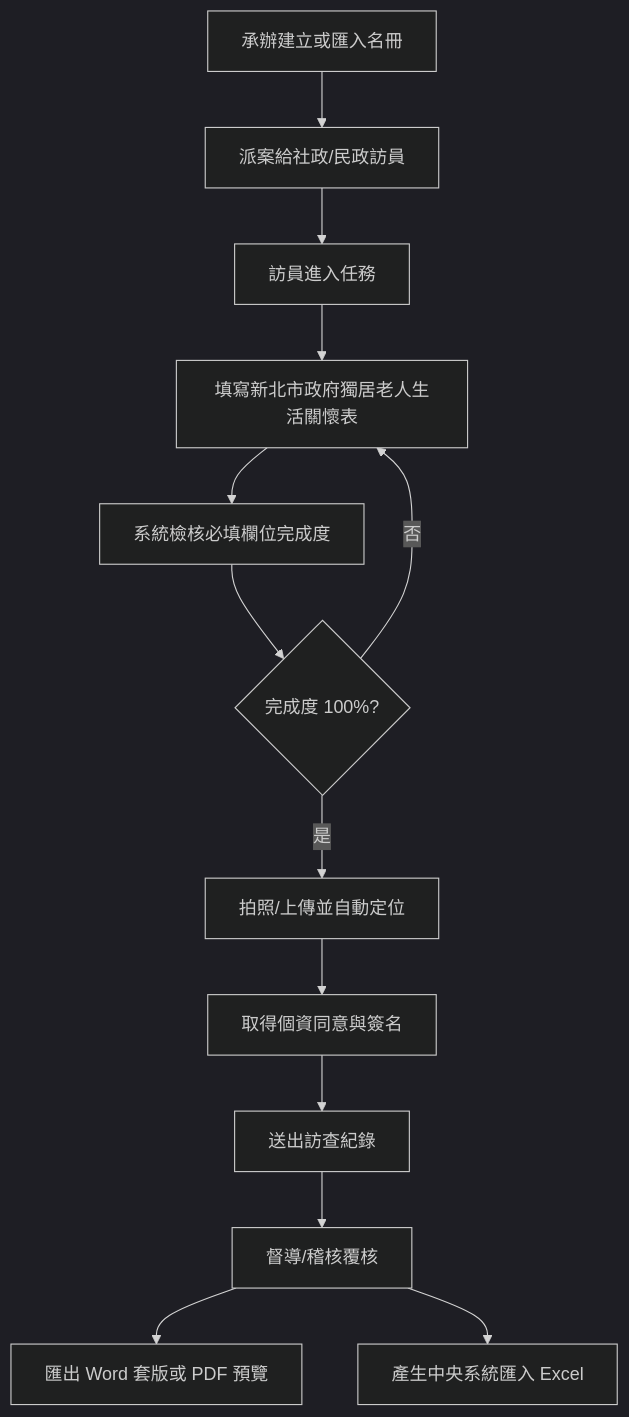
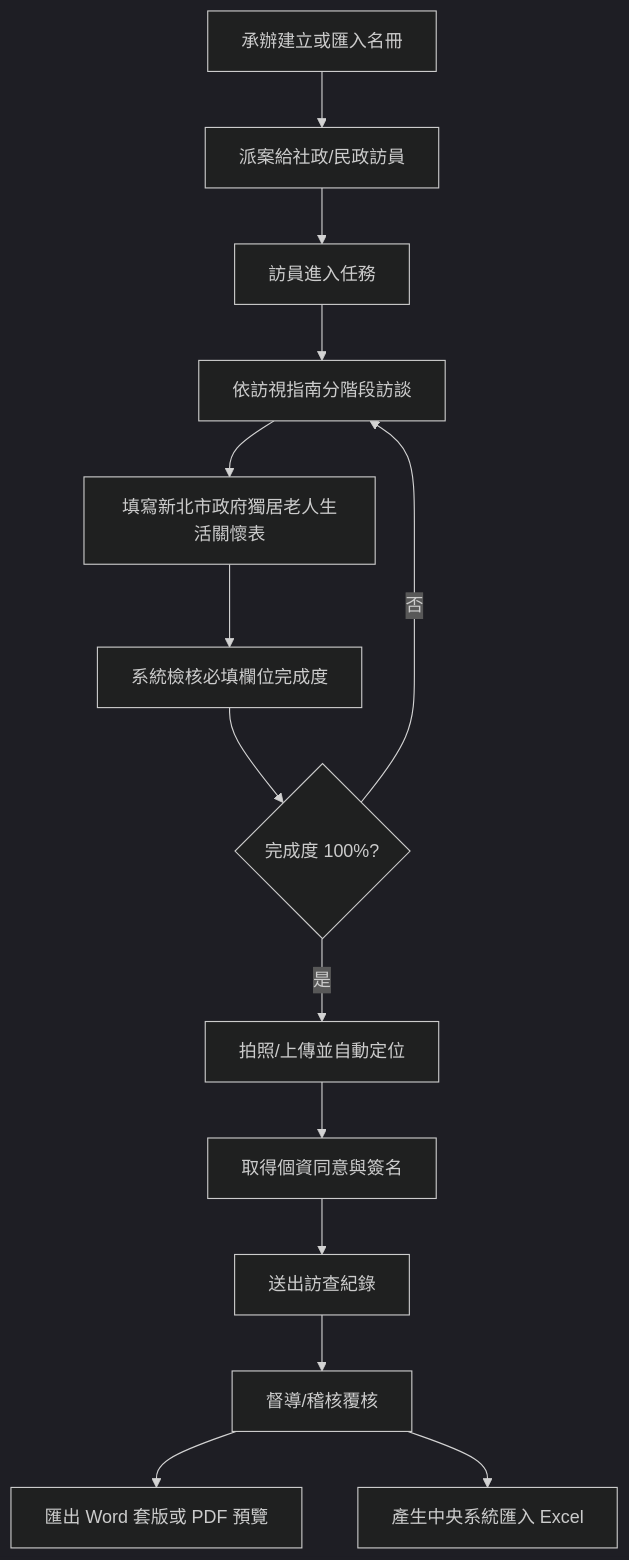
The diagram in docs/new-taipei-care-form-workflow.md (chatgptcjcu-boop/Elder-Visit-Platform), drawn with Mermaid (dark theme) before and after one commit. The commit also changed other lines of this file and 27 other files, not shown here.

````diff
--- a/docs/new-taipei-care-form-workflow.md
+++ b/docs/new-taipei-care-form-workflow.md
@@ -17,15 +17,16 @@
 ```mermaid
 flowchart TD
   A["承辦建立或匯入名冊"] --> B["派案給社政/民政訪員"]
   B --> C["訪員進入任務"]
-  C --> D["填寫新北市政府獨居老人生活關懷表"]
-  D --> E["系統檢核必填欄位完成度"]
-  E --> F{"完成度 100%?"}
-  F -- "否" --> D
-  F -- "是" --> G["拍照/上傳並自動定位"]
-  G --> H["取得個資同意與簽名"]
-  H --> I["送出訪查紀錄"]
-  I --> J["督導/稽核覆核"]
-  J --> K["匯出 Word 套版或 PDF 預覽"]
-  J --> L["產生中央系統匯入 Excel"]
+  C --> D["依訪視指南分階段訪談"]
+  D --> E["填寫新北市政府獨居老人生活關懷表"]
+  E --> F["系統檢核必填欄位完成度"]
+  F --> G{"完成度 100%?"}
+  G -- "否" --> D
+  G -- "是" --> H["拍照/上傳並自動定位"]
+  H --> I["取得個資同意與簽名"]
+  I --> J["送出訪查紀錄"]
+  J --> K["督導/稽核覆核"]
+  K --> L["匯出 Word 套版或 PDF 預覽"]
+  K --> M["產生中央系統匯入 Excel"]
 ```
````
